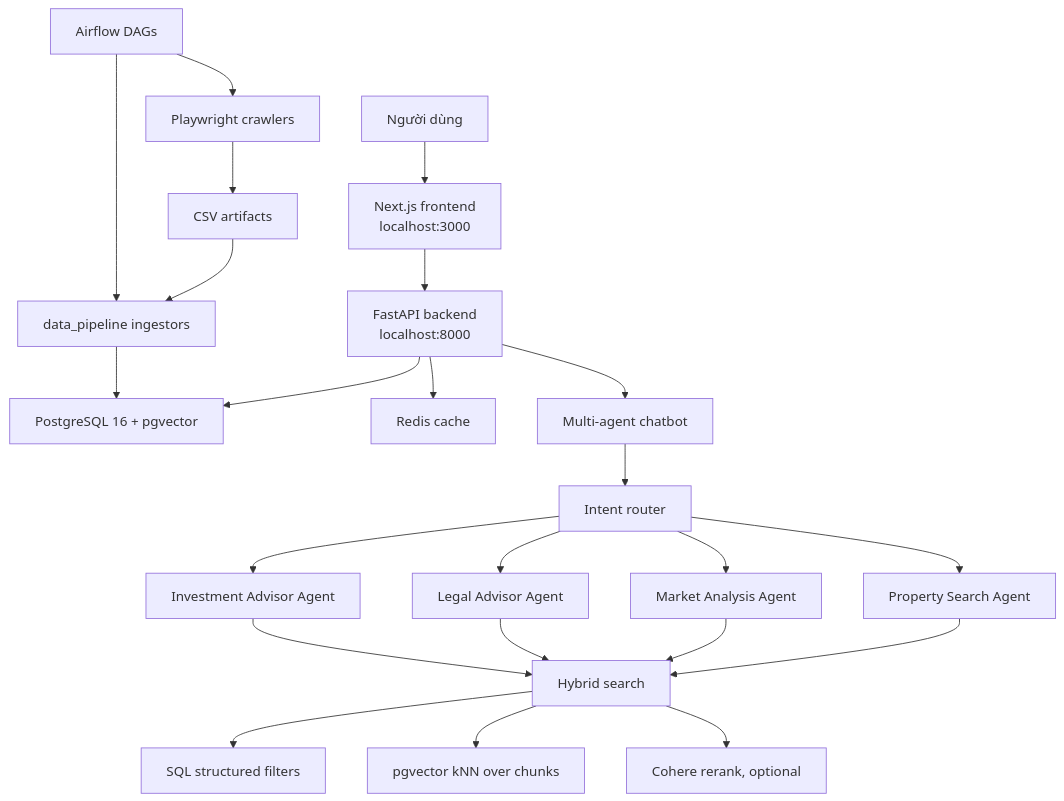
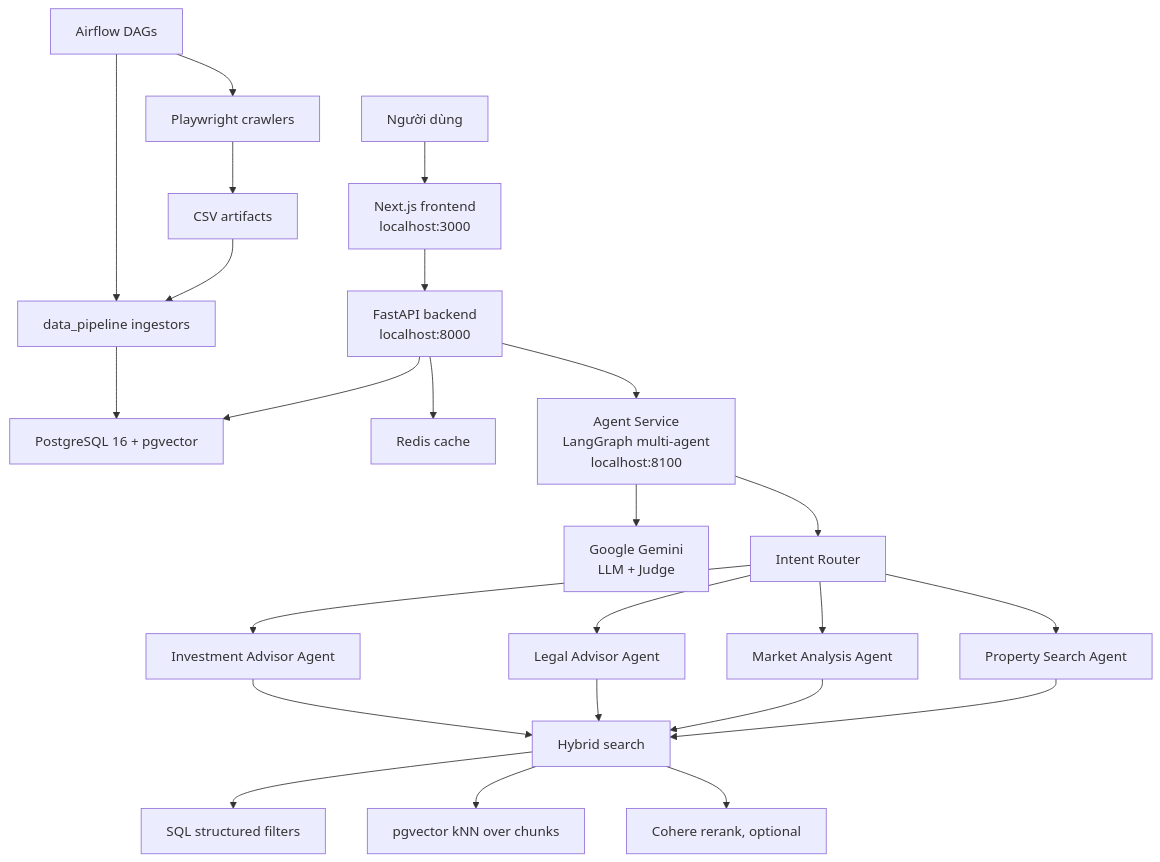
Before and after one commit to trunghieunef/Chatbot-Multi-Agent-RAG: the diagram in README.md, drawn with Mermaid. The commit also changed other lines of this file and 88 other files, not shown here.

First line of the commit message:
feat: add script to generate architecture diagram for Real Estate Chatbot Platform

````diff
--- a/README.md
+++ b/README.md
@@ -34,31 +36,33 @@
 ```mermaid
 flowchart TD
     User["Người dùng"] --> Frontend["Next.js frontend<br/>localhost:3000"]
     Frontend --> API["FastAPI backend<br/>localhost:8000"]
 
     API --> Postgres["PostgreSQL 16 + pgvector"]
     API --> Redis["Redis cache"]
-    API --> Chat["Multi-agent chatbot"]
+    API --> AgentSvc["Agent Service<br/>LangGraph multi-agent<br/>localhost:8100"]
 
-    Chat --> Router["Intent router"]
+    AgentSvc --> Gemini["Google Gemini<br/>LLM + Judge"]
+
+    AgentSvc --> Router["Intent Router"]
     Router --> Property["Property Search Agent"]
     Router --> Market["Market Analysis Agent"]
     Router --> Legal["Legal Advisor Agent"]
     Router --> Investment["Investment Advisor Agent"]
 
     Property --> Hybrid["Hybrid search"]
     Market --> Hybrid
     Legal --> Hybrid
     Investment --> Hybrid
 
     Hybrid --> SQL["SQL structured filters"]
     Hybrid --> Vector["pgvector kNN over chunks"]
     Hybrid --> Rerank["Cohere rerank, optional"]
 
     Crawler["Playwright crawlers"] --> CSV["CSV artifacts"]
     CSV --> Pipeline["data_pipeline ingestors"]
     Pipeline --> Postgres
 
     Airflow["Airflow DAGs"] --> Crawler
     Airflow --> Pipeline
 ```
````
